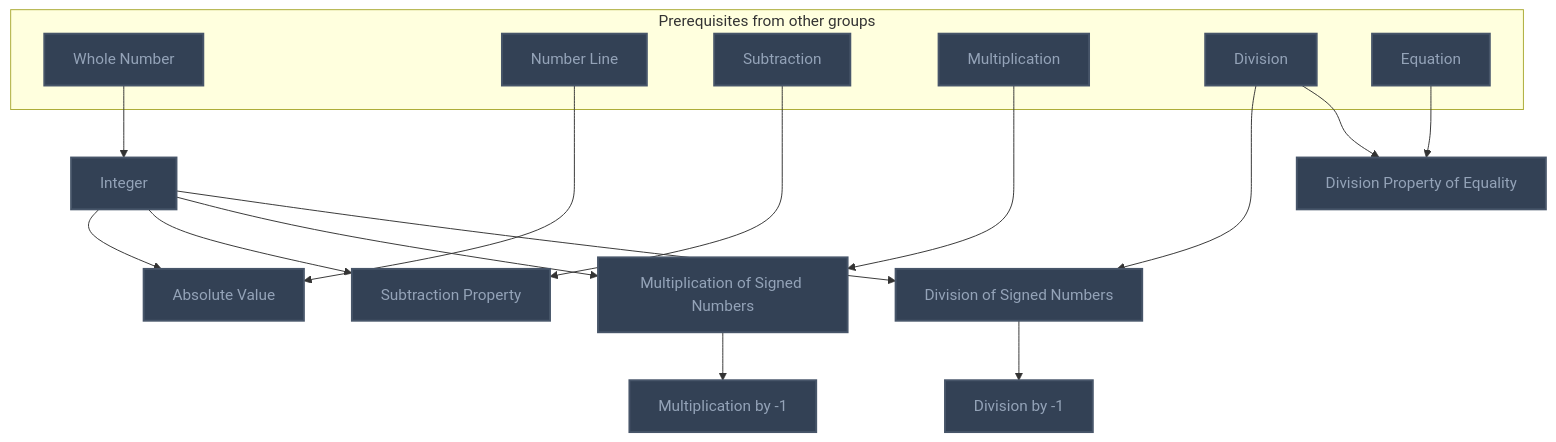
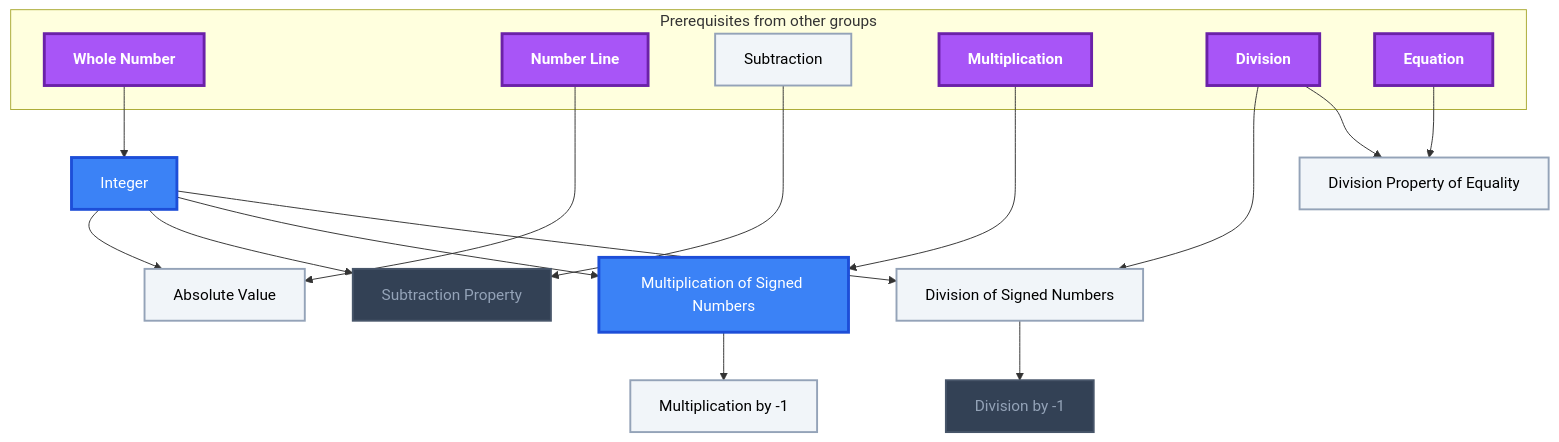
One commit to MRauf1/My-Notes changed the third of 10 diagrams in Gamification/Skill Trees/Pre-Algebra.md. Above: the diagram before and after it, drawn with Mermaid. The commit also changed other lines of this file and 156 other files, not shown here.

````diff
--- a/Gamification/Skill Trees/Pre-Algebra.md
+++ b/Gamification/Skill Trees/Pre-Algebra.md
@@ -159,43 +163,46 @@
 ```mermaid
 flowchart TD
     classDef planned fill:#1E293B,stroke:#64748B,stroke-width:2px,stroke-dasharray:5 5,color:#94A3B8;
     classDef locked fill:#334155,stroke:#475569,stroke-width:2px,color:#94A3B8;
     classDef L0 fill:#F1F5F9,stroke:#94A3B8,stroke-width:2px,color:#000000;
     classDef L1 fill:#22C55E,stroke:#15803D,stroke-width:2px,color:#000000;
     classDef L2 fill:#3B82F6,stroke:#1D4ED8,stroke-width:3px,color:#FFFFFF;
     classDef L3 fill:#A855F7,stroke:#6B21A8,stroke-width:3px,color:#FFFFFF,font-weight:bold;
     classDef L4 fill:#F97316,stroke:#C2410C,stroke-width:4px,color:#000000,font-weight:bold;
     classDef L5 fill:#FFD700,stroke:#FF8C00,stroke-width:5px,color:#000000,font-weight:bold;
     classDef rusty stroke:#8B4513,stroke-width:4px,stroke-dasharray:3 3;
     subgraph sg_prereqs["Prerequisites from other groups"]
         n_whole_number["Whole Number"]
         n_number_line["Number Line"]
         n_subtraction["Subtraction"]
         n_multiplication["Multiplication"]
         n_division["Division"]
         n_equation["Equation"]
     end
     n_integer["Integer"]
     n_absolute_value["Absolute Value"]
     n_subtraction_property["Subtraction Property"]
     n_multiplication_of_signed_numbers["Multiplication of Signed Numbers"]
     n_division_of_signed_numbers["Division of Signed Numbers"]
     n_multiplication_by_1["Multiplication by -1"]
     n_division_by_1["Division by -1"]
     n_division_property_of_equality["Division Property of Equality"]
     n_whole_number --> n_integer
     n_number_line --> n_absolute_value
     n_integer --> n_absolute_value
     n_subtraction --> n_subtraction_property
     n_integer --> n_subtraction_property
     n_multiplication --> n_multiplication_of_signed_numbers
     n_integer --> n_multiplication_of_signed_numbers
     n_division --> n_division_of_signed_numbers
     n_integer --> n_division_of_signed_numbers
     n_multiplication_of_signed_numbers --> n_multiplication_by_1
     n_division_of_signed_numbers --> n_division_by_1
     n_division --> n_division_property_of_equality
     n_equation --> n_division_property_of_equality
-    class n_whole_number,n_number_line,n_subtraction,n_multiplication,n_division,n_equation,n_integer,n_absolute_value,n_subtraction_property,n_multiplication_of_signed_numbers,n_division_of_signed_numbers,n_multiplication_by_1,n_division_by_1,n_division_property_of_equality locked;
+    class n_subtraction_property,n_division_by_1 locked;
+    class n_subtraction,n_absolute_value,n_division_of_signed_numbers,n_multiplication_by_1,n_division_property_of_equality L0;
+    class n_integer,n_multiplication_of_signed_numbers L2;
+    class n_whole_number,n_number_line,n_multiplication,n_division,n_equation L3;
     class n_whole_number,n_number_line,n_subtraction,n_multiplication,n_division,n_equation,n_integer,n_absolute_value,n_subtraction_property,n_multiplication_of_signed_numbers,n_division_of_signed_numbers,n_multiplication_by_1,n_division_by_1,n_division_property_of_equality internal-link;
 ```
````
